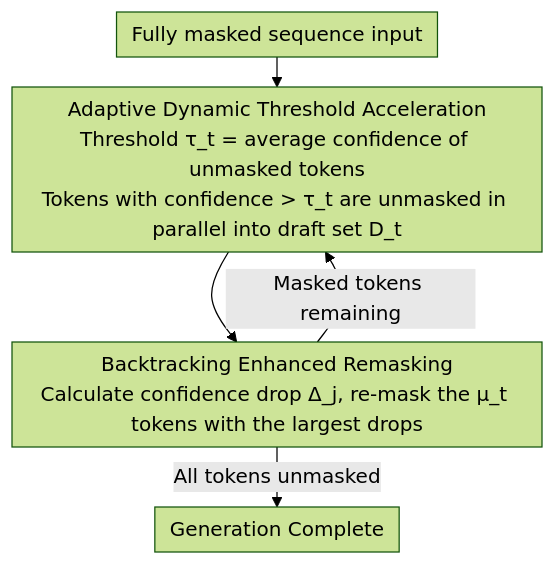
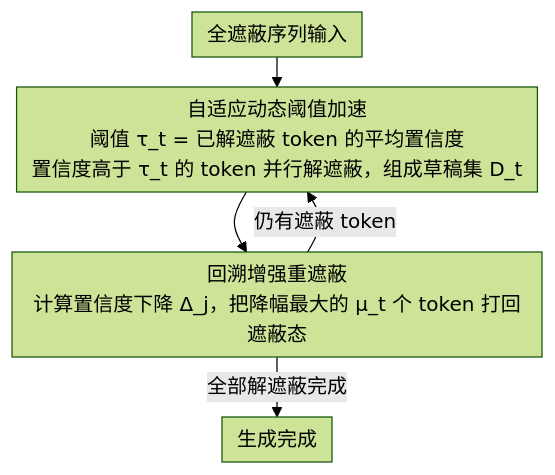
The diagram in docs/ACL2026/llm_efficiency/saber_an_efficient_sampling_with_adaptive_acceleration_and_backtracking_enhanced.md (zhaoyang97/Paper-Notes-en), drawn with Mermaid (forest theme) before and after one commit. The commit also changed other lines of this file and 5084 other files, not shown here.

````diff
--- a/docs/ACL2026/llm_efficiency/saber_an_efficient_sampling_with_adaptive_acceleration_and_backtracking_enhanced.md
+++ b/docs/ACL2026/llm_efficiency/saber_an_efficient_sampling_with_adaptive_acceleration_and_backtracking_enhanced.md
@@ -45,8 +45,8 @@
 ```mermaid
 %%{init: {'flowchart': {'rankSpacing': 24, 'nodeSpacing': 28, 'padding': 6, 'wrappingWidth': 400}}}%%
 flowchart TD
-    A["Fully masked sequence input"] --> B["Adaptive Dynamic Threshold Acceleration<br/>Threshold τ_t = average confidence of unmasked tokens<br/>Tokens with confidence > τ_t are unmasked in parallel into draft set D_t"]
-    B --> C["Backtracking Enhanced Remasking<br/>Calculate confidence drop Δ_j, re-mask the μ_t tokens with the largest drops"]
-    C -->|Masked tokens remaining| B
-    C -->|All tokens unmasked| D["Generation Complete"]
+    A["全遮蔽序列输入"] --> B["自适应动态阈值加速<br/>阈值 τ_t = 已解遮蔽 token 的平均置信度<br/>置信度高于 τ_t 的 token 并行解遮蔽，组成草稿集 D_t"]
+    B --> C["回溯增强重遮蔽<br/>计算置信度下降 Δ_j，把降幅最大的 μ_t 个 token 打回遮蔽态"]
+    C -->|仍有遮蔽 token| B
+    C -->|全部解遮蔽完成| D["生成完成"]
 ```
````
